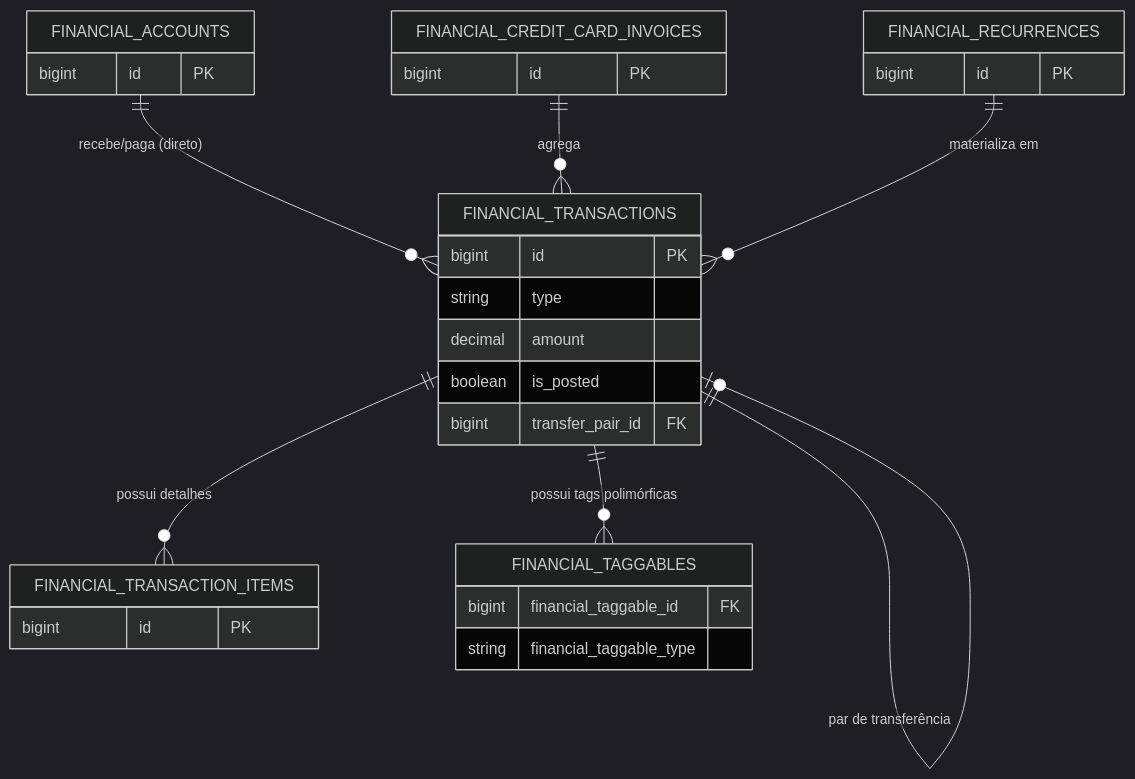
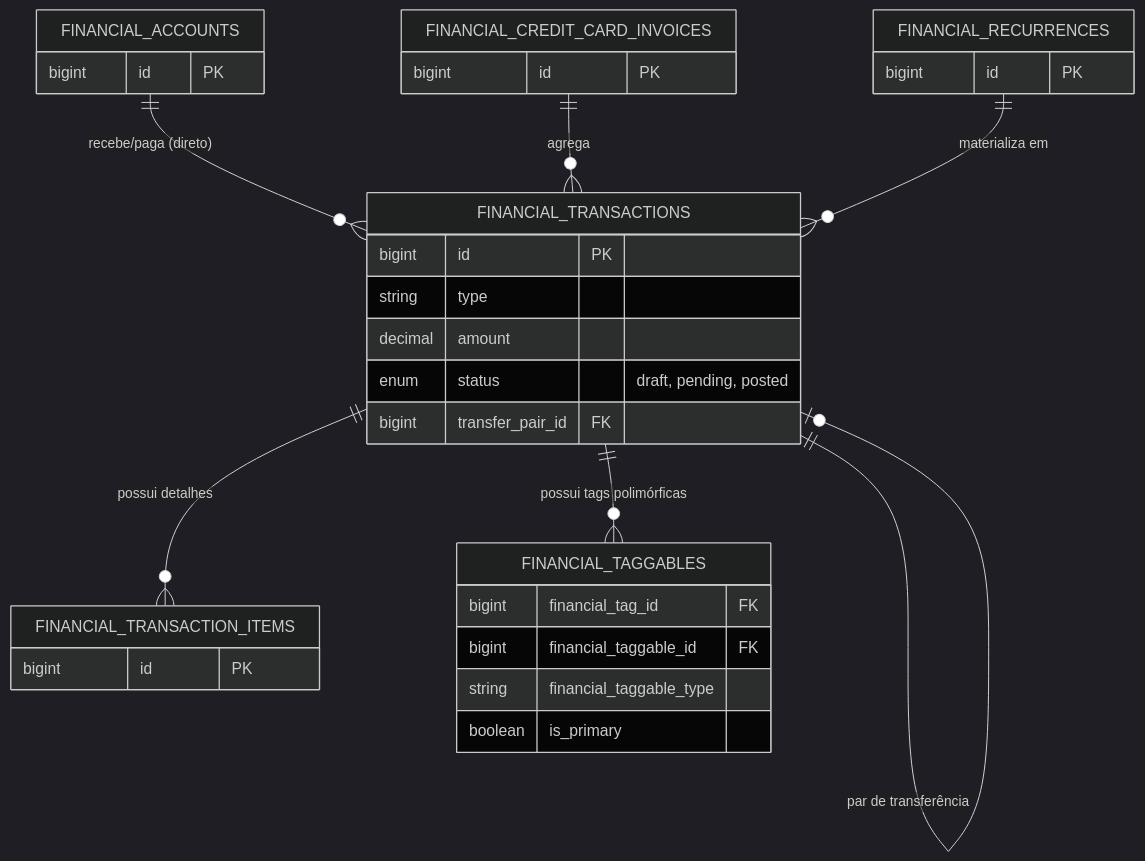
Before and after one commit to ArthurWillers/james: the diagram in docs/content/docs/modulos/financas/transacoes.md, drawn with Mermaid (dark theme). The commit also changed other lines of this file and 16 other files, not shown here.

````diff
--- a/docs/content/docs/modulos/financas/transacoes.md
+++ b/docs/content/docs/modulos/financas/transacoes.md
@@ -43,33 +43,35 @@
 ```mermaid
 erDiagram
     FINANCIAL_ACCOUNTS {
         bigint id PK
     }
     FINANCIAL_CREDIT_CARD_INVOICES {
         bigint id PK
     }
     FINANCIAL_RECURRENCES {
         bigint id PK
     }
     FINANCIAL_TRANSACTIONS {
         bigint id PK
         string type
         decimal amount
-        boolean is_posted
+        enum status "draft, pending, posted"
         bigint transfer_pair_id FK
     }
     FINANCIAL_TRANSACTION_ITEMS {
         bigint id PK
     }
     FINANCIAL_TAGGABLES {
+        bigint financial_tag_id FK
         bigint financial_taggable_id FK
         string financial_taggable_type
+        boolean is_primary
     }
 
     FINANCIAL_ACCOUNTS ||--o{ FINANCIAL_TRANSACTIONS : "recebe/paga (direto)"
     FINANCIAL_CREDIT_CARD_INVOICES ||--o{ FINANCIAL_TRANSACTIONS : "agrega"
     FINANCIAL_RECURRENCES ||--o{ FINANCIAL_TRANSACTIONS : "materializa em"
     FINANCIAL_TRANSACTIONS ||--o{ FINANCIAL_TRANSACTION_ITEMS : "possui detalhes"
     FINANCIAL_TRANSACTIONS ||--o{ FINANCIAL_TAGGABLES : "possui tags polimórficas"
     FINANCIAL_TRANSACTIONS ||--o| FINANCIAL_TRANSACTIONS : "par de transferência"
 ```
````
